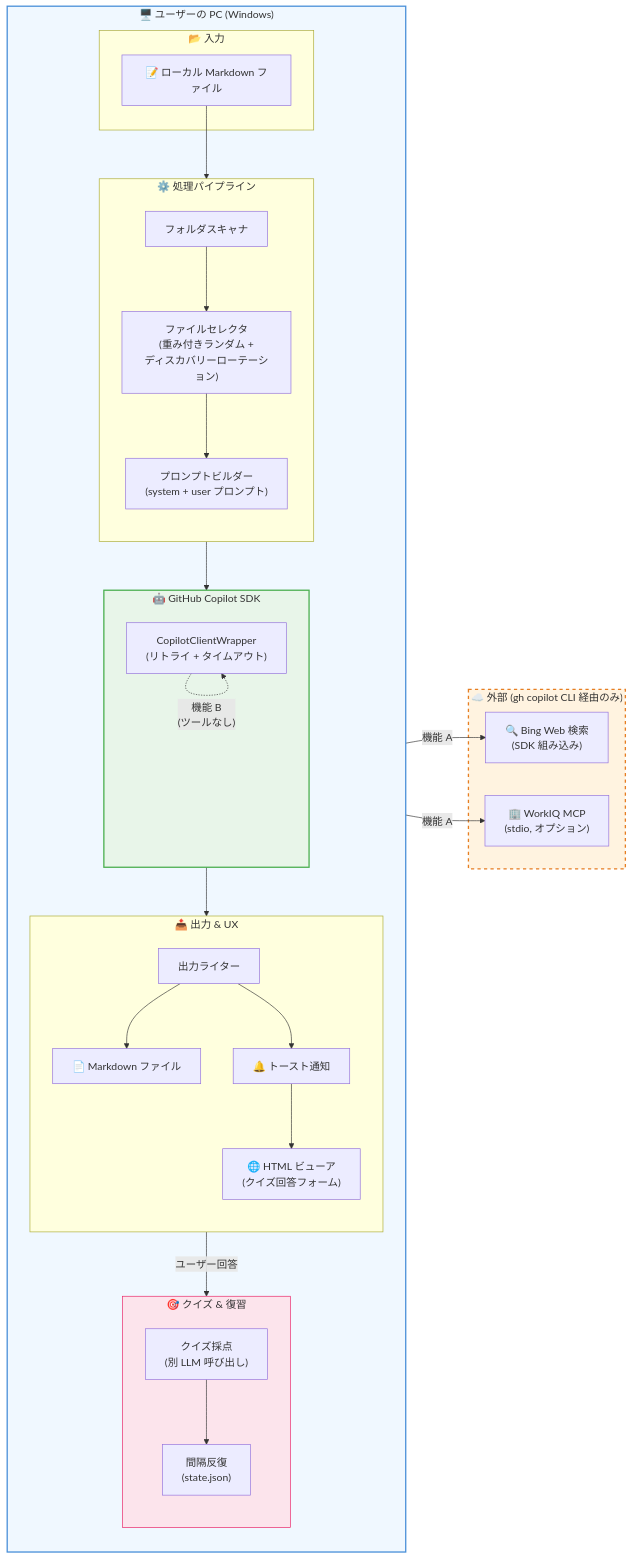
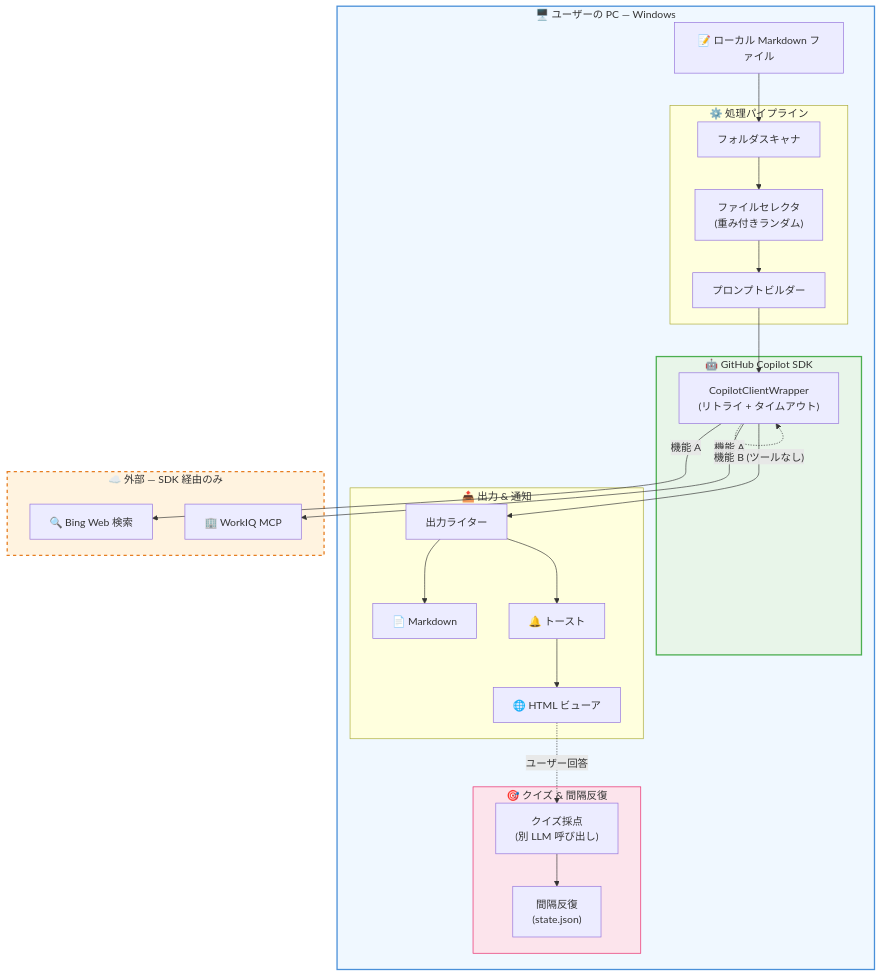
One commit to shitada/ghcpsdknotify changed the second of 2 diagrams in README.md. Above: the diagram before and after it, drawn with Mermaid. The commit also changed other lines of this file, not shown here.

Commit message:
Improve architecture diagrams: switch from LR to TB layout for better readability

````diff
--- a/README.md
+++ b/README.md
@@ -270,52 +269,51 @@
 ```mermaid
-flowchart LR
-    subgraph LOCAL_ENV ["🖥️ ユーザーの PC (Windows)"]
-        direction TB
-
-        subgraph INPUT ["📂 入力"]
-            MD["📝 ローカル Markdown ファイル"]
-        end
+flowchart TB
+    subgraph LOCAL_ENV ["🖥️ ユーザーの PC — Windows"]
+        MD["📝 ローカル Markdown ファイル"]
 
         subgraph PIPELINE ["⚙️ 処理パイプライン"]
-            direction TB
-            FS["フォルダスキャナ"] --> SEL["ファイルセレクタ\n(重み付きランダム +\nディスカバリーローテーション)"]
-            SEL --> PB["プロンプトビルダー\n(system + user プロンプト)"]
+            FS["フォルダスキャナ"]
+            SEL["ファイルセレクタ\n(重み付きランダム)"]
+            PB["プロンプトビルダー"]
+            FS --> SEL --> PB
         end
 
         subgraph SDK_LAYER ["🤖 GitHub Copilot SDK"]
-            direction TB
             CLIENT["CopilotClientWrapper\n(リトライ + タイムアウト)"]
         end
 
-        subgraph OUTPUT ["📤 出力 & UX"]
-            direction TB
-            OW["出力ライター"] --> MDF["📄 Markdown ファイル"]
-            OW --> TOAST["🔔 トースト通知"]
-            TOAST --> VIEWER["🌐 HTML ビューア\n(クイズ回答フォーム)"]
+        subgraph OUTPUT ["📤 出力 & 通知"]
+            OW["出力ライター"]
+            MDF["📄 Markdown"]
+            TOAST["🔔 トースト"]
+            VIEWER["🌐 HTML ビューア"]
+            OW --> MDF
+            OW --> TOAST --> VIEWER
         end
 
-        subgraph QUIZ ["🎯 クイズ & 復習"]
-            direction TB
-            SCORE["クイズ採点\n(別 LLM 呼び出し)"] --> SR["間隔反復\n(state.json)"]
+        subgraph QUIZ ["🎯 クイズ & 間隔反復"]
+            SCORE["クイズ採点\n(別 LLM 呼び出し)"]
+            SR["間隔反復\n(state.json)"]
+            SCORE --> SR
         end
-
-        MD --> FS
-        PB --> CLIENT
-        CLIENT --> OW
-        VIEWER -- "ユーザー回答" --> SCORE
     end
 
-    subgraph EXTERNAL ["☁️ 外部 (gh copilot CLI 経由のみ)"]
-        BING["🔍 Bing Web 検索\n(SDK 組み込み)"]
-        MCP["🏢 WorkIQ MCP\n(stdio, オプション)"]
+    subgraph EXTERNAL ["☁️ 外部 — SDK 経由のみ"]
+        BING["🔍 Bing Web 検索"]
+        MCP["🏢 WorkIQ MCP"]
     end
+
+    MD --> FS
+    PB --> CLIENT
+    CLIENT --> OW
+    VIEWER -. "ユーザー回答" .-> SCORE
 
     CLIENT -- "機能 A" --> BING
     CLIENT -- "機能 A" --> MCP
-    CLIENT -. "機能 B\n(ツールなし)" .-> CLIENT
+    CLIENT -. "機能 B (ツールなし)" .-> CLIENT
 
     style LOCAL_ENV fill:#f0f8ff,stroke:#4a90d9,stroke-width:2px
     style EXTERNAL fill:#fff3e0,stroke:#e67e22,stroke-width:2px,stroke-dasharray:5
     style SDK_LAYER fill:#e8f5e9,stroke:#4caf50,stroke-width:2px
     style QUIZ fill:#fce4ec,stroke:#e91e63,stroke-width:1px
 ```
````
